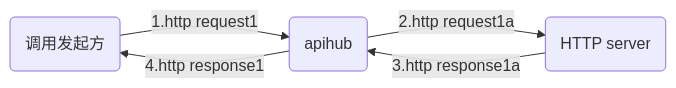
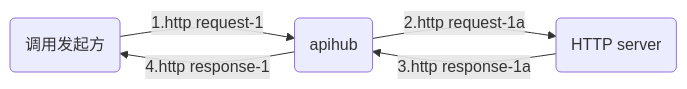
The first of 3 diagrams in README.md (jasony62/tms-go-apihub), drawn with Mermaid before and after one commit. The commit also changed other lines of this file and 9 other files, not shown here.

````diff
--- a/README.md
+++ b/README.md
@@ -39,9 +39,9 @@
 ```mermaid
 graph LR
 
    client(调用发起方)
    执行1(apihub)
    执行2(HTTP server)
-   client--1.http request1-->执行1--2.http request1a-->执行2
-   执行2--3.http response1a-->执行1--4.http response1-->client
+   client--1.http request-1-->执行1--2.http request-1a-->执行2
+   执行2--3.http response-1a-->执行1--4.http response-1-->client
 ```
````
